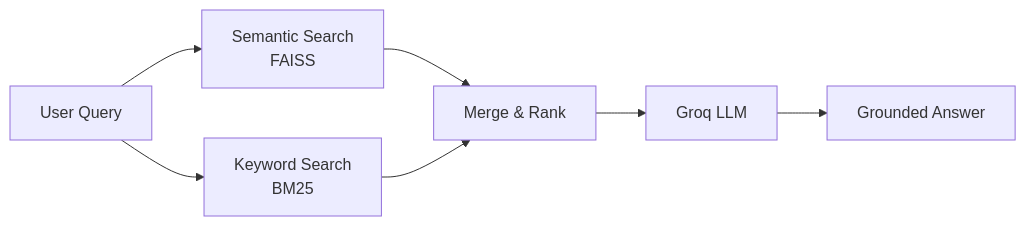
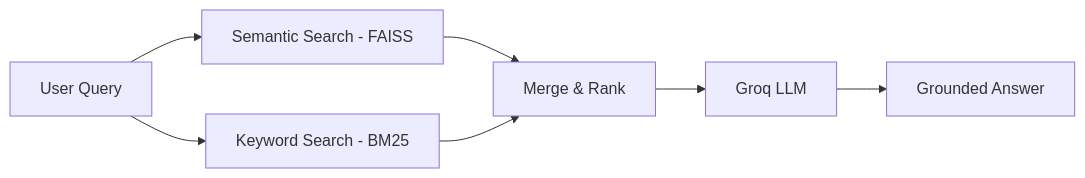
Before and after one commit to mulugumanishkumar2006-del/mulugumanishkumar2006-del: the second of 3 diagrams in README.md, drawn with Mermaid. The commit also changed other lines of this file, not shown here.

````diff
--- a/README.md
+++ b/README.md
@@ -196,9 +178,9 @@
 ```mermaid
 flowchart LR
-    Q[User Query] --> S[Semantic Search<br/>FAISS]
-    Q --> K[Keyword Search<br/>BM25]
+    Q[User Query] --> S[Semantic Search - FAISS]
+    Q --> K[Keyword Search - BM25]
     S --> M[Merge & Rank]
     K --> M
     M --> L[Groq LLM]
     L --> R[Grounded Answer]
 ```
````
